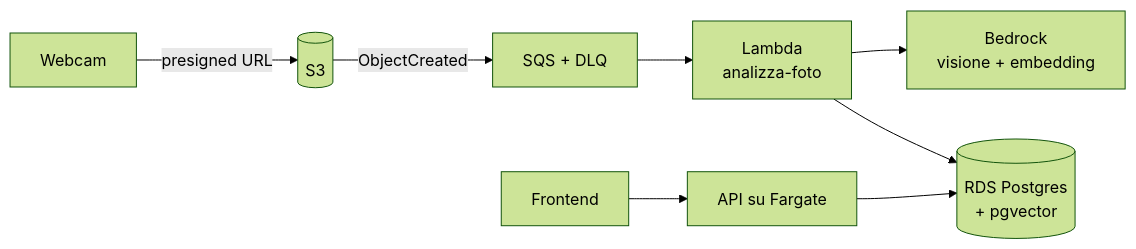
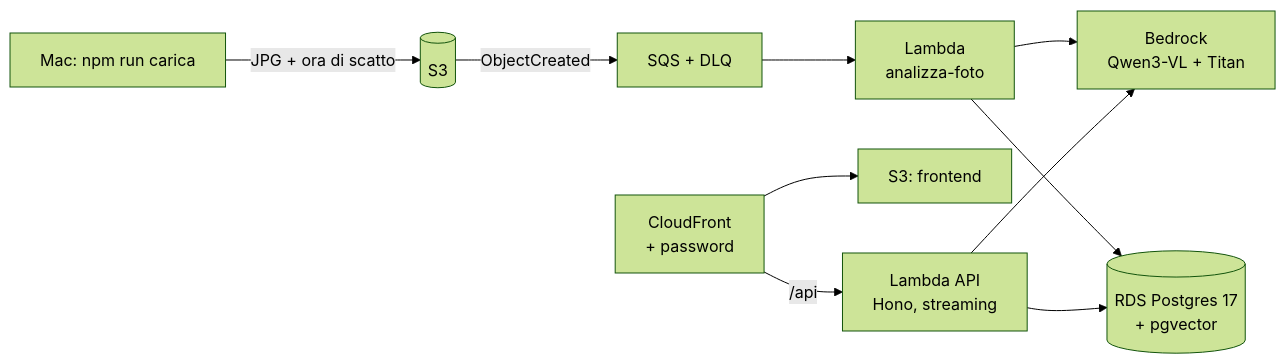
One commit to gianluca932/cippi-cam changed the second of 2 diagrams in README.md. Above: the diagram before and after it, drawn with Mermaid (forest theme). The commit also changed other lines of this file and 41 other files, not shown here.

First line of the commit message:
v0.14.0 — Online su AWS con Terraform, Qwen su Bedrock e agente con gli orari

````diff
--- a/README.md
+++ b/README.md
@@ -380,10 +385,12 @@
 ```mermaid
 flowchart LR
-    CAM[Webcam] -->|presigned URL| S3[(S3)]
+    MAC[Mac: npm run carica] -->|JPG + ora di scatto| S3[(S3)]
     S3 -->|ObjectCreated| SQS[SQS + DLQ]
     SQS --> L[Lambda<br/>analizza-foto]
-    L --> BR[Bedrock<br/>visione + embedding]
-    L --> RDS[(RDS Postgres<br/>+ pgvector)]
-    API[API su Fargate] --> RDS
-    WEB[Frontend] --> API
+    L --> BR[Bedrock<br/>Qwen3-VL + Titan]
+    L --> RDS[(RDS Postgres 17<br/>+ pgvector)]
+    CF[CloudFront<br/>+ password] --> WEB[S3: frontend]
+    CF -->|/api| API[Lambda API<br/>Hono, streaming]
+    API --> RDS
+    API --> BR
 ```
````
